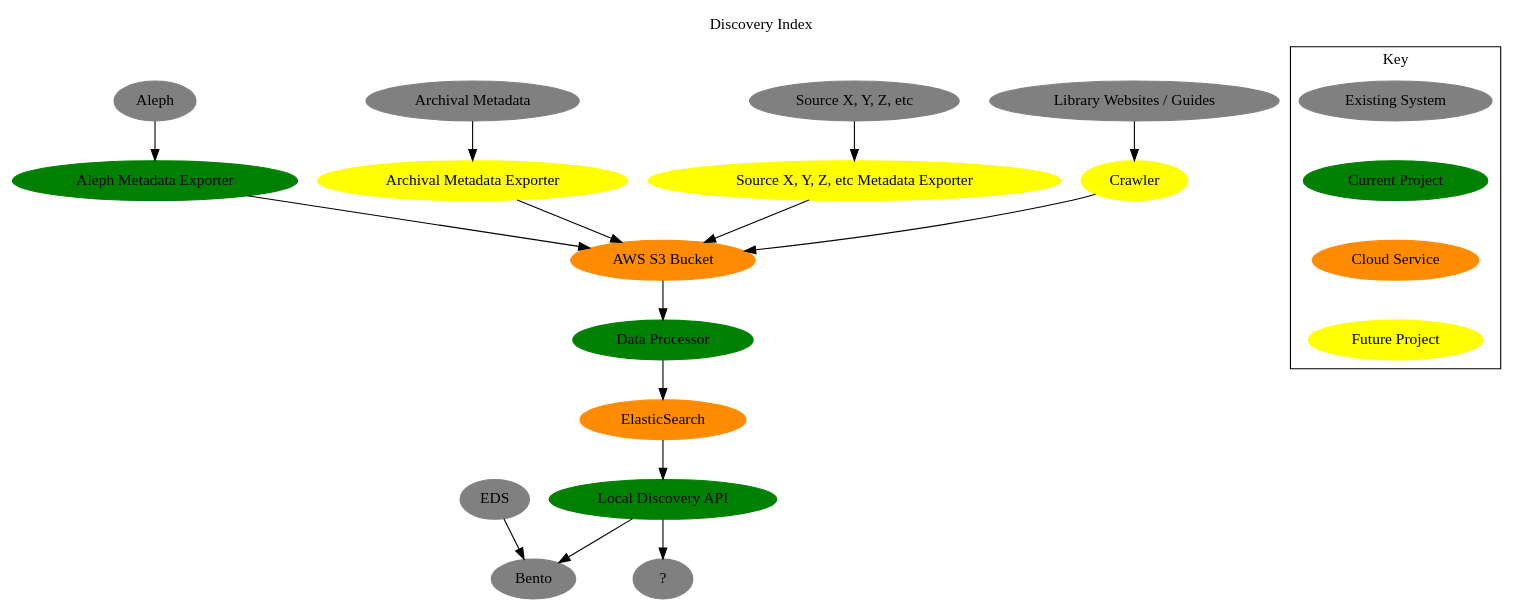
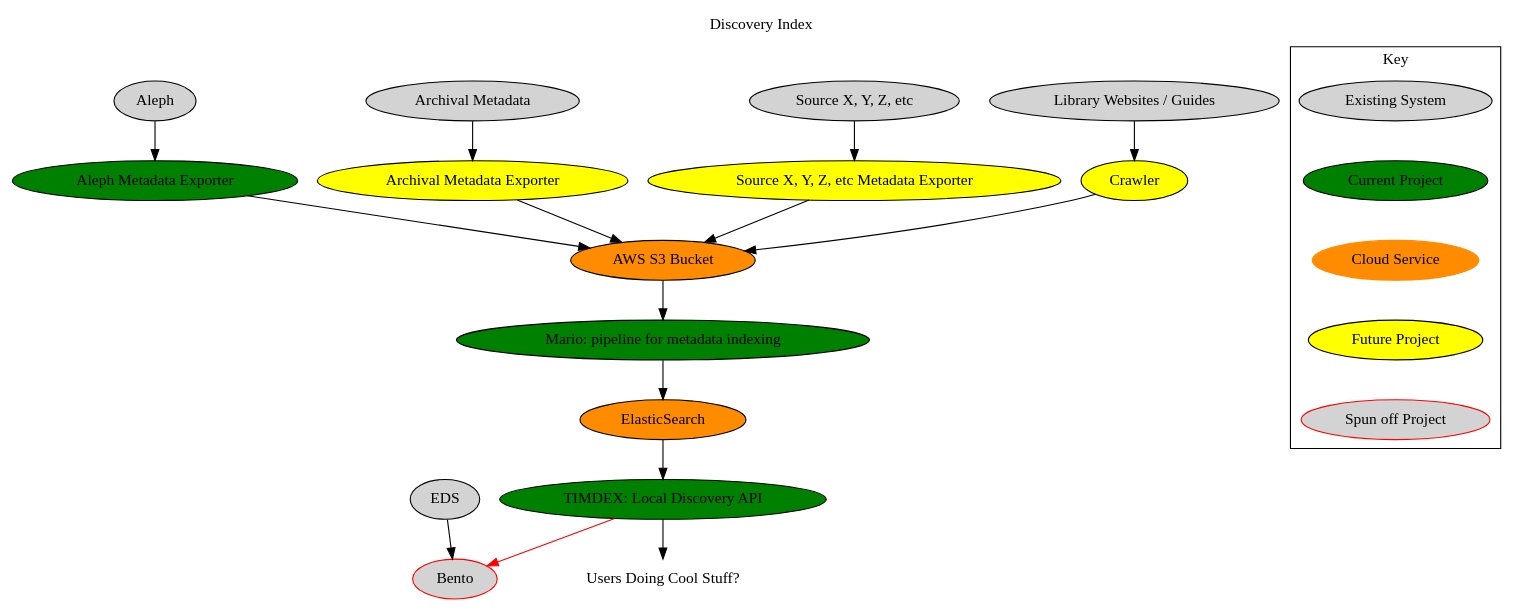
One commit to MITLibraries/mario changed the diagram in docs/charts/dip_overview.dot. Above: the diagram before and after it, drawn with Graphviz. The commit also changed 3 other files, not shown here.

Commit message:
Updates indexing flow and overview diagrams

```diff
--- a/docs/charts/dip_overview.dot
+++ b/docs/charts/dip_overview.dot
@@ -1,58 +1,59 @@
 // dot docs/charts/dip_overview.dot -Tpng > docs/charts/dip_overview.png
 // requires installation of GraphViz (brew install graphviz, or
 // http://www.graphviz.org/Download..php if that doesn't work)
 
 digraph G {
   label="Discovery Index";
   labelloc=t;
   node [style=filled];
 
-  aleph[label="Aleph", color=grey]
-  alephExporter[label="Aleph Metadata Exporter", color=green]
-  s3[label="AWS S3 Bucket", color=darkorange]
-  processor[label="Data Processor", color=green]
-  index[label="ElasticSearch", color=darkorange]
-  archives[label="Archival Metadata", color=grey]
-  archivesExporter[label="Archival Metadata Exporter", color=yellow]
-  futureData[label="Source X, Y, Z, etc", color=grey]
-  futureExporter[label="Source X, Y, Z, etc Metadata Exporter", color=yellow]
-  websites[label="Library Websites / Guides", color=grey]
-  websitesCrawler[label="Crawler", color=yellow]
-  api[label="Local Discovery API", color=green]
-  eds[label="EDS", color=grey]
-  bento[label="Bento", color=grey]
-  magic[label="?", color=grey]
+  aleph[label="Aleph", color=black, fillcolor=lightgray]
+  alephExporter[label="Aleph Metadata Exporter", color=black, fillcolor=green]
+  s3[label="AWS S3 Bucket", color=black, fillcolor=darkorange]
+  processor[label="Mario: pipeline for metadata indexing", color=black, fillcolor=green]
+  index[label="ElasticSearch", color=black, fillcolor=darkorange]
+  archives[label="Archival Metadata", color=black, fillcolor=lightgray]
+  archivesExporter[label="Archival Metadata Exporter", color=black, fillcolor=yellow]
+  futureData[label="Source X, Y, Z, etc", color=black, fillcolor=lightgray]
+  futureExporter[label="Source X, Y, Z, etc Metadata Exporter", color=black, fillcolor=yellow]
+  websites[label="Library Websites / Guides", color=black, fillcolor=lightgray]
+  websitesCrawler[label="Crawler", color=black, fillcolor=yellow]
+  api[label="TIMDEX: Local Discovery API", color=black, fillcolor=green]
+  eds[label="EDS", color=black, fillcolor=lightgray]
+  bento[label="Bento", color=red, fillcolor=lightgray]
+  magic[label="Users Doing Cool Stuff?", color=transparent]
 
   aleph -> alephExporter
   alephExporter -> s3
 
   s3 -> processor
   processor -> index
 
   archives -> archivesExporter
   archivesExporter -> s3
 
   futureData -> futureExporter
   futureExporter -> s3
 
   websites -> websitesCrawler
   websitesCrawler -> s3
 
   index -> api
-  api -> bento
+  api -> bento [color=red]
   api -> magic
 
   eds -> bento
 
   subgraph clusterLegend {
     label="Key";
     {
-     k4[label="Future Project", color=yellow];
+     k4[label="Future Project", color=black, fillcolor=yellow];
      k3[label="Cloud Service", color=darkorange];
-     k2[label="Current Project", color=green];
-     k1[label="Existing System", color=grey];
-     k1 -> k2 -> k3 -> k4 [style=invis]
+     k2[label="Current Project", color=black, fillcolor=green];
+     k1[label="Existing System", color=black, fillcolor=lightgray];
+     k5[label="Spun off Project", color=red, fillcolor=lightgray]
+     k1 -> k2 -> k3 -> k4 -> k5 [style=invis]
      }
   }
 
 }
```
